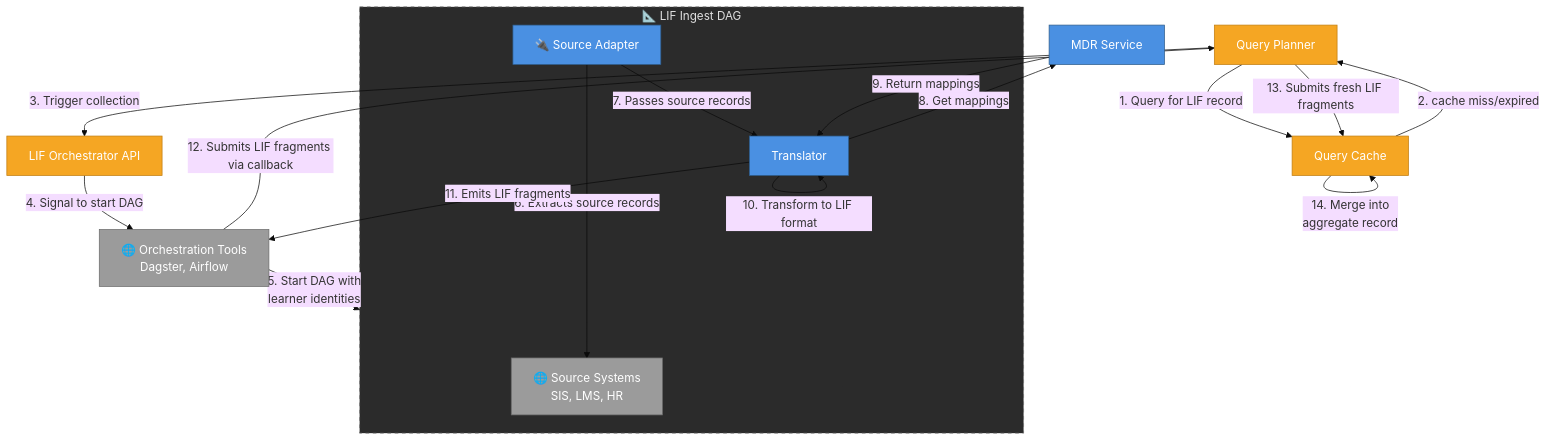
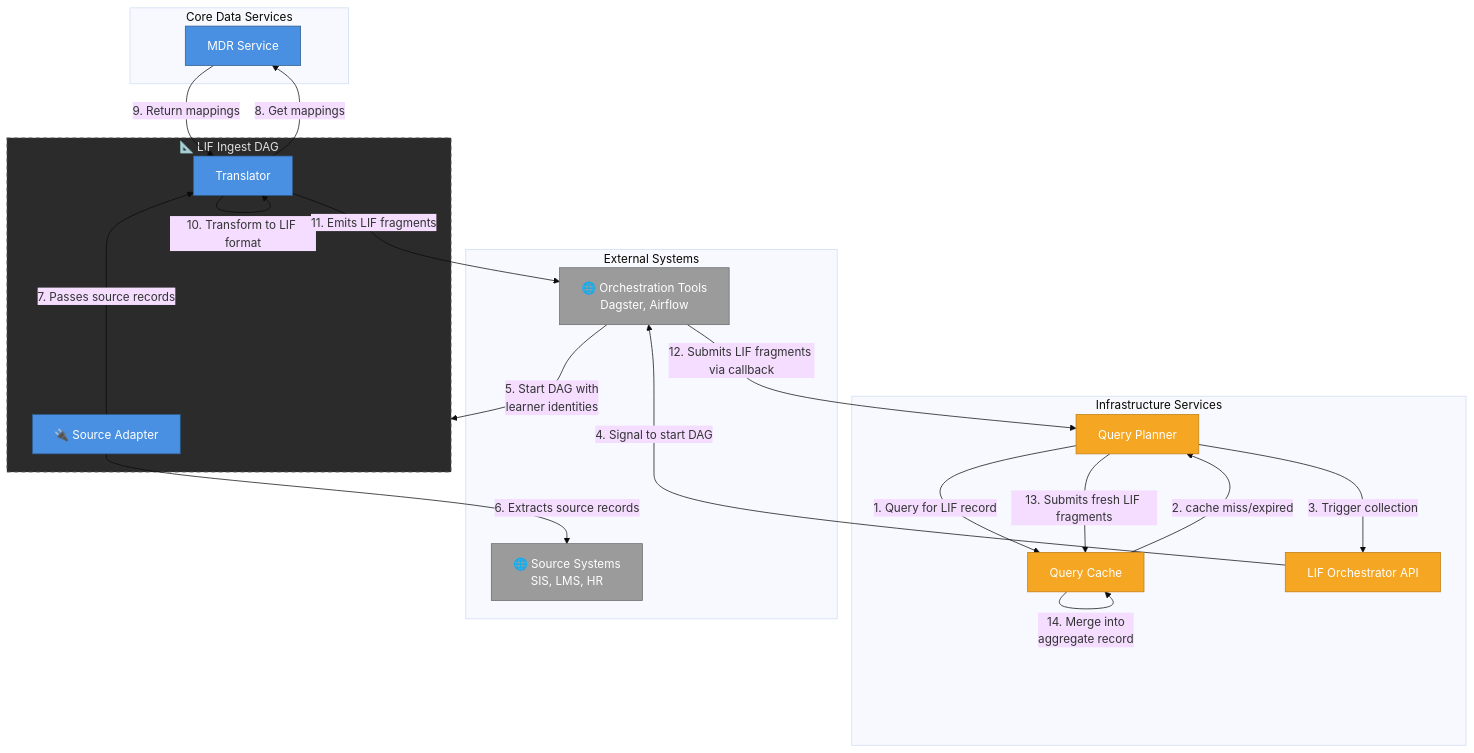
Before and after one commit to LIF-Initiative/lif-core: diagram 15 of 15 in docs/lif_services_overview.md, drawn with Mermaid (base theme).

Commit message:
docs: update data collection/translation flow

````diff
--- a/docs/lif_services_overview.md
+++ b/docs/lif_services_overview.md
@@ -620,40 +620,47 @@
 ```mermaid
 graph TB
-    QP[Query Planner]
-    Cache[Query Cache]
-    MDR[MDR Service]
-    Orch[LIF Orchestrator API]
-    OrchTool[🌐 Orchestration Tools<br/>Dagster, Airflow]
+
+    subgraph Core[Core Data Services]
+        MDR[MDR Service]
+    end
+    subgraph Infra[Infrastructure Services]
+        QP[Query Planner]
+        Cache[Query Cache]
+        Orch[LIF Orchestrator API]
+    end
+    subgraph Ext[External Systems]
+        OrchTool[🌐 Orchestration Tools<br/>Dagster, Airflow]
+        Sources["🌐 Source Systems<br/>SIS, LMS, HR"]
+    end
 
     subgraph DAG["📐 LIF Ingest DAG"]
-        Sources["🌐 Source Systems<br/>SIS, LMS, HR"]
         Adapter["🔌  Source Adapter"]
         Trans["Translator"]
     end
     
     QP -->|1. Query for LIF record| Cache
     Cache -->|2. cache miss/expired| QP
     QP -->|3. Trigger collection| Orch
     Orch -->|4. Signal to start DAG| OrchTool
     OrchTool -->|5. Start DAG with<br/>learner identities| DAG
     Adapter -->|6. Extracts source records| Sources
     Adapter -->|7. Passes source records| Trans
     Trans -->|8. Get mappings| MDR
     MDR -->|9. Return mappings| Trans
     Trans -->|10. Transform to LIF format| Trans
     Trans -->|11. Emits LIF fragments| OrchTool
     OrchTool -->|12. Submits LIF fragments via callback| QP
     QP -->|13. Submits fresh LIF fragments| Cache
     Cache -->|14. Merge into<br/>aggregate record| Cache
     
     classDef coreStyle fill:#4A90E2,stroke:#2E5C8A,color:#fff
     classDef infraStyle fill:#F5A623,stroke:#C17D11,color:#fff
     classDef extStyle fill:#9B9B9B,stroke:#6B6B6B,color:#fff
     classDef dagStyle fill:#2B2B2B,stroke:#6B6B6B,stroke-dasharray: 5 5,color:#E0E0E0
 
     
     class Trans,MDR,Adapter coreStyle
     class QP,Orch,Cache infraStyle
     class OrchTool,Sources extStyle
     class DAG dagStyle
 ```
````
